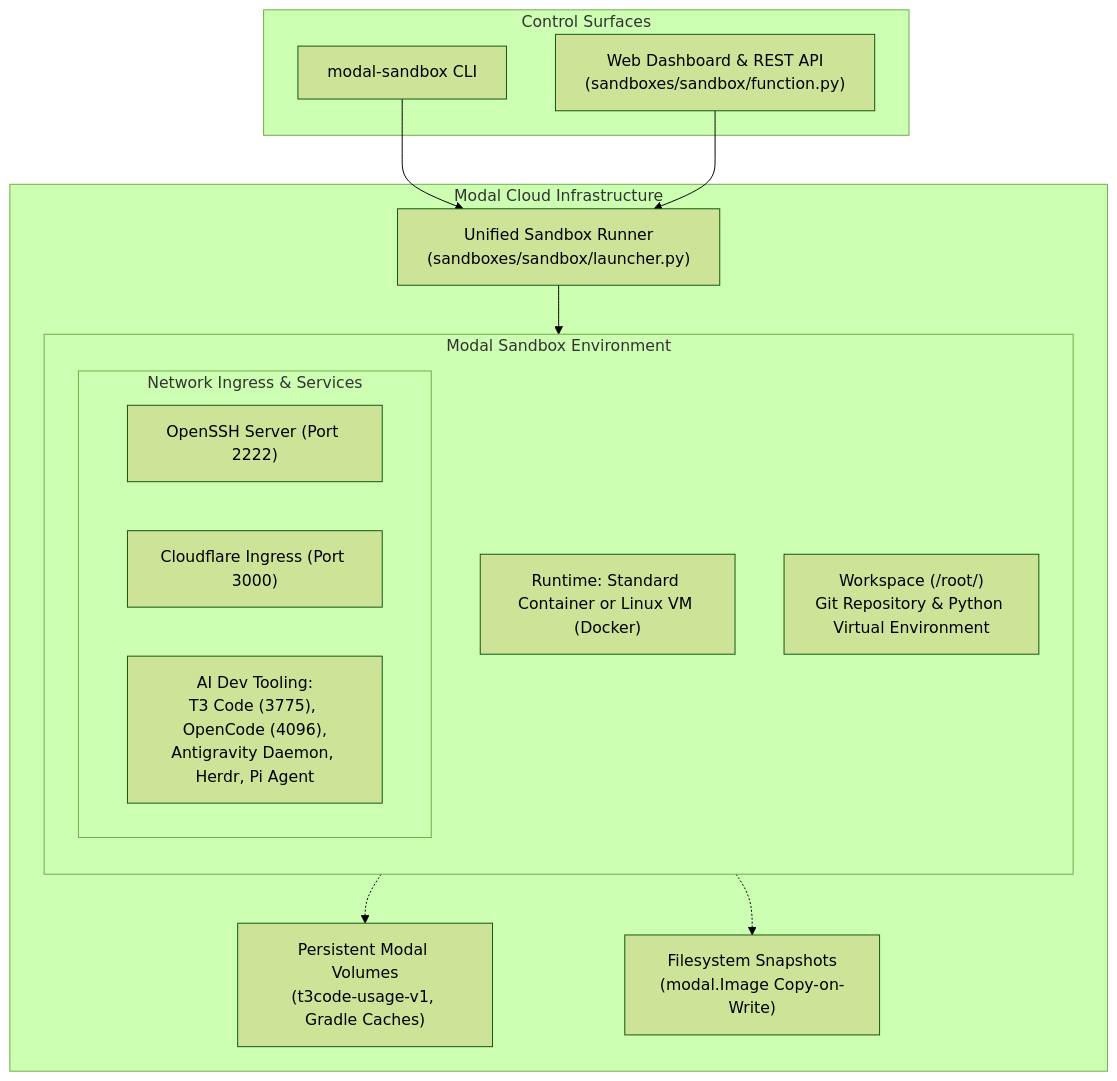
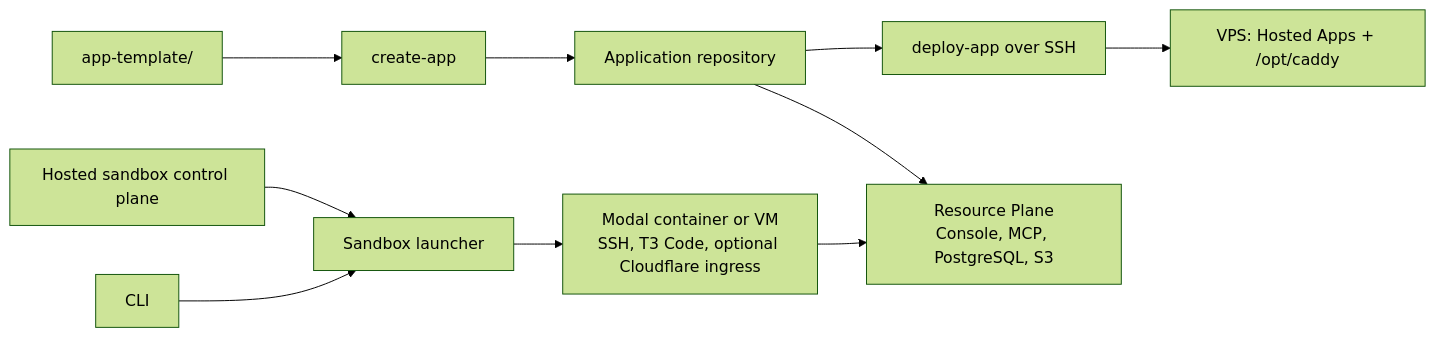
The diagram in readme.md (YoungMahesh/software-factory), drawn with Mermaid (forest theme) before and after one commit. The commit also changed other lines of this file and 27 other files, not shown here.

````diff
--- a/readme.md
+++ b/readme.md
@@ -9,32 +13,12 @@
 ```mermaid
-flowchart TD
-    subgraph Client["Control Surfaces"]
-        CLI["modal-sandbox CLI"]
-        WebUI["Web Dashboard & REST API<br/>(sandboxes/sandbox/function.py)"]
-    end
-
-    subgraph ModalCloud["Modal Cloud Infrastructure"]
-        Runner["Unified Sandbox Runner<br/>(sandboxes/sandbox/launcher.py)"]
-        
-        subgraph Sandbox["Modal Sandbox Environment"]
-            direction TB
-            Runtime["Runtime: Standard Container or Linux VM (Docker)"]
-            Workspace["Workspace (/root/<name>)<br/>Git Repository & Python Virtual Environment"]
-            
-            subgraph Services["Network Ingress & Services"]
-                SSH["OpenSSH Server (Port 2222)"]
-                Tunnel["Cloudflare Ingress (Port 3000)"]
-                AgentTools["AI Dev Tooling:<br/>T3 Code (3775), OpenCode (4096),<br/>Antigravity Daemon, Herdr, Pi Agent"]
-            end
-        end
-
-        Volume["Persistent Modal Volumes<br/>(t3code-usage-v1, Gradle Caches)"]
-        Snapshots["Filesystem Snapshots<br/>(modal.Image Copy-on-Write)"]
-    end
-
-    CLI --> Runner
-    WebUI --> Runner
-    Runner --> Sandbox
-    Sandbox -.-> Volume
-    Sandbox -.-> Snapshots
+flowchart LR
+    CLI["CLI"] --> Launcher["Sandbox launcher"]
+    Dashboard["Hosted sandbox control plane"] --> Launcher
+    Launcher --> Sandbox["Modal container or VM<br/>SSH, T3 Code, optional Cloudflare ingress"]
+    Template["app-template/"] --> Scaffold["create-app"]
+    Scaffold --> App["Application repository"]
+    App --> Deploy["deploy-app over SSH"]
+    Deploy --> VPS["VPS: Hosted Apps + /opt/caddy"]
+    Sandbox --> Resources["Resource Plane<br/>Console, MCP, PostgreSQL, S3"]
+    App --> Resources
 ```
````
